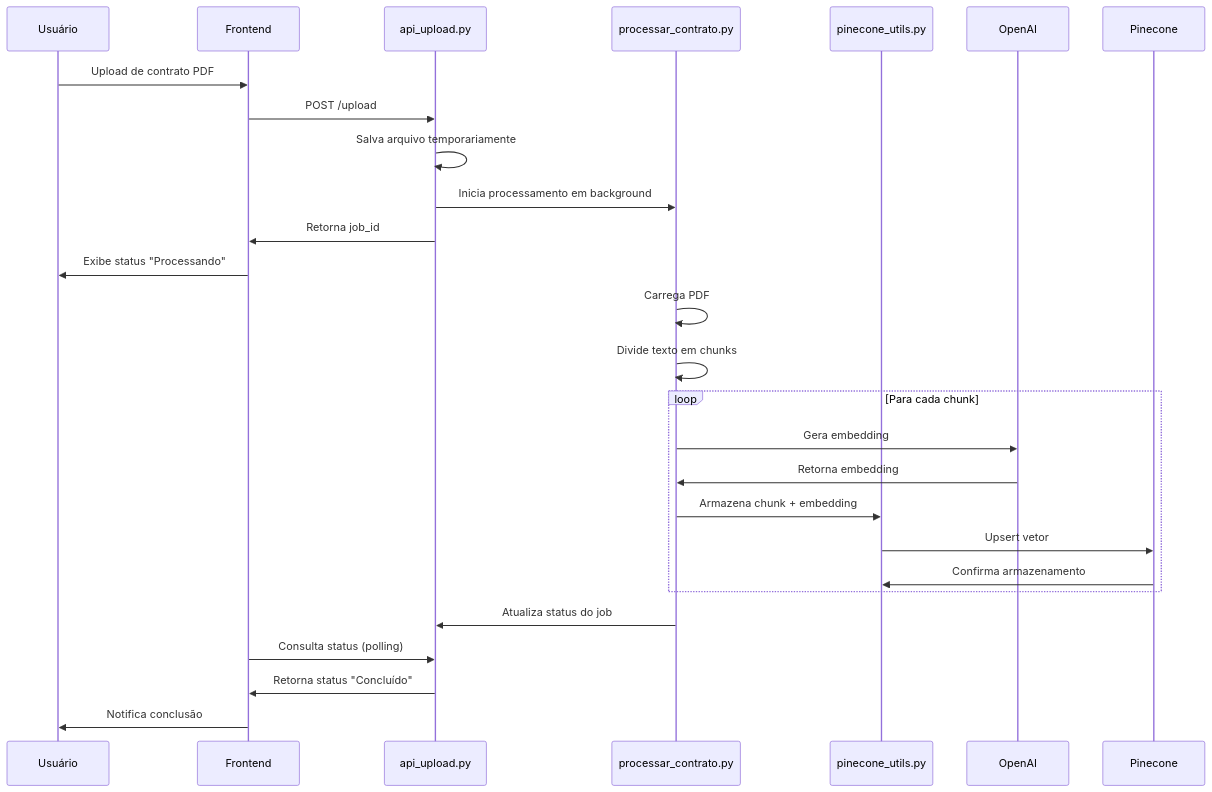
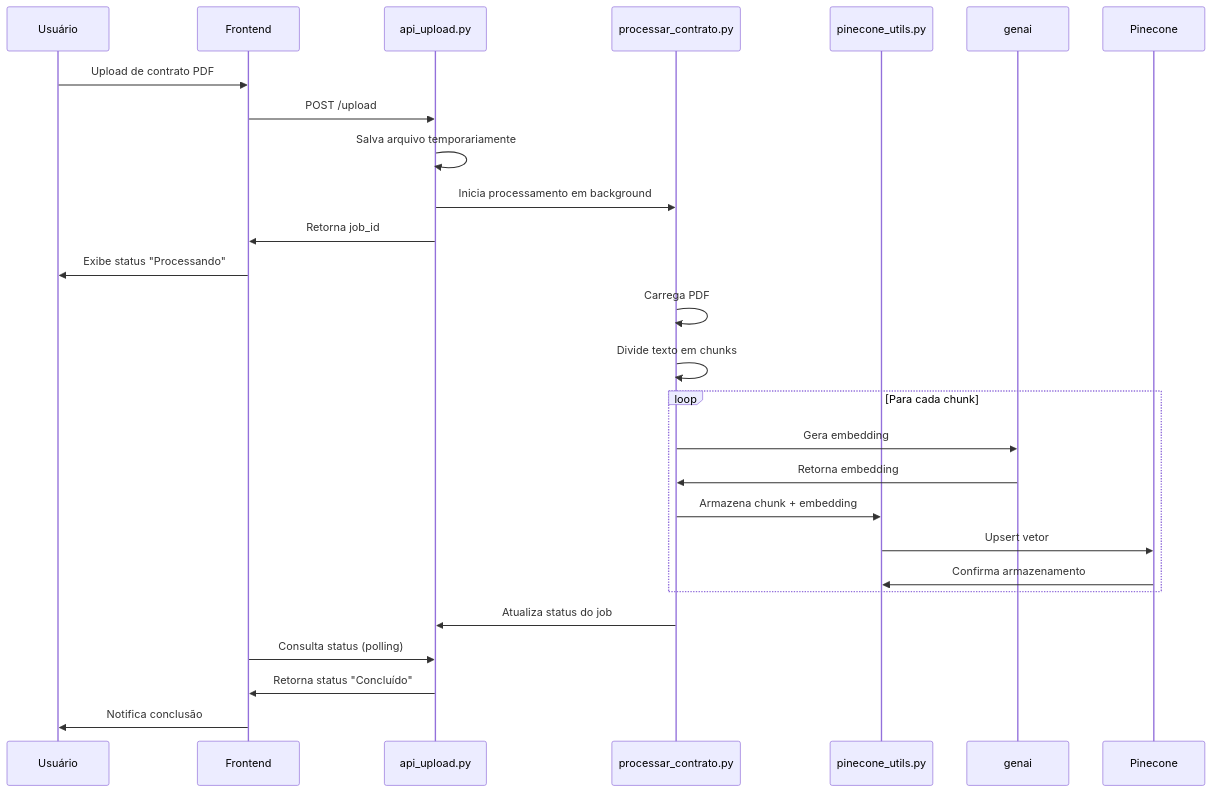
Before and after one commit to Felipebc2/AI-Project: the second of 4 diagrams in doc/documentacao_completa.md, drawn with Mermaid. The commit also changed other lines of this file and 8 other files, not shown here.

````diff
--- a/doc/documentacao_completa.md
+++ b/doc/documentacao_completa.md
@@ -408,32 +408,32 @@
 ```mermaid
 sequenceDiagram
     participant Usuario as Usuário
     participant Frontend
     participant ApiUpload as api_upload.py
     participant ProcessarContrato as processar_contrato.py
     participant PineconeUtils as pinecone_utils.py
-    participant OpenAI
+    participant genai
     participant Pinecone
 
     Usuario->>Frontend: Upload de contrato PDF
     Frontend->>ApiUpload: POST /upload
     ApiUpload->>ApiUpload: Salva arquivo temporariamente
     ApiUpload->>ProcessarContrato: Inicia processamento em background
     ApiUpload->>Frontend: Retorna job_id
     Frontend->>Usuario: Exibe status "Processando"
     
     ProcessarContrato->>ProcessarContrato: Carrega PDF
     ProcessarContrato->>ProcessarContrato: Divide texto em chunks
     loop Para cada chunk
-        ProcessarContrato->>OpenAI: Gera embedding
-        OpenAI->>ProcessarContrato: Retorna embedding
+        ProcessarContrato->>genai: Gera embedding
+        genai->>ProcessarContrato: Retorna embedding
         ProcessarContrato->>PineconeUtils: Armazena chunk + embedding
         PineconeUtils->>Pinecone: Upsert vetor
         Pinecone->>PineconeUtils: Confirma armazenamento
     end
     
     ProcessarContrato->>ApiUpload: Atualiza status do job
     Frontend->>ApiUpload: Consulta status (polling)
     ApiUpload->>Frontend: Retorna status "Concluído"
     Frontend->>Usuario: Notifica conclusão
 ```
````
